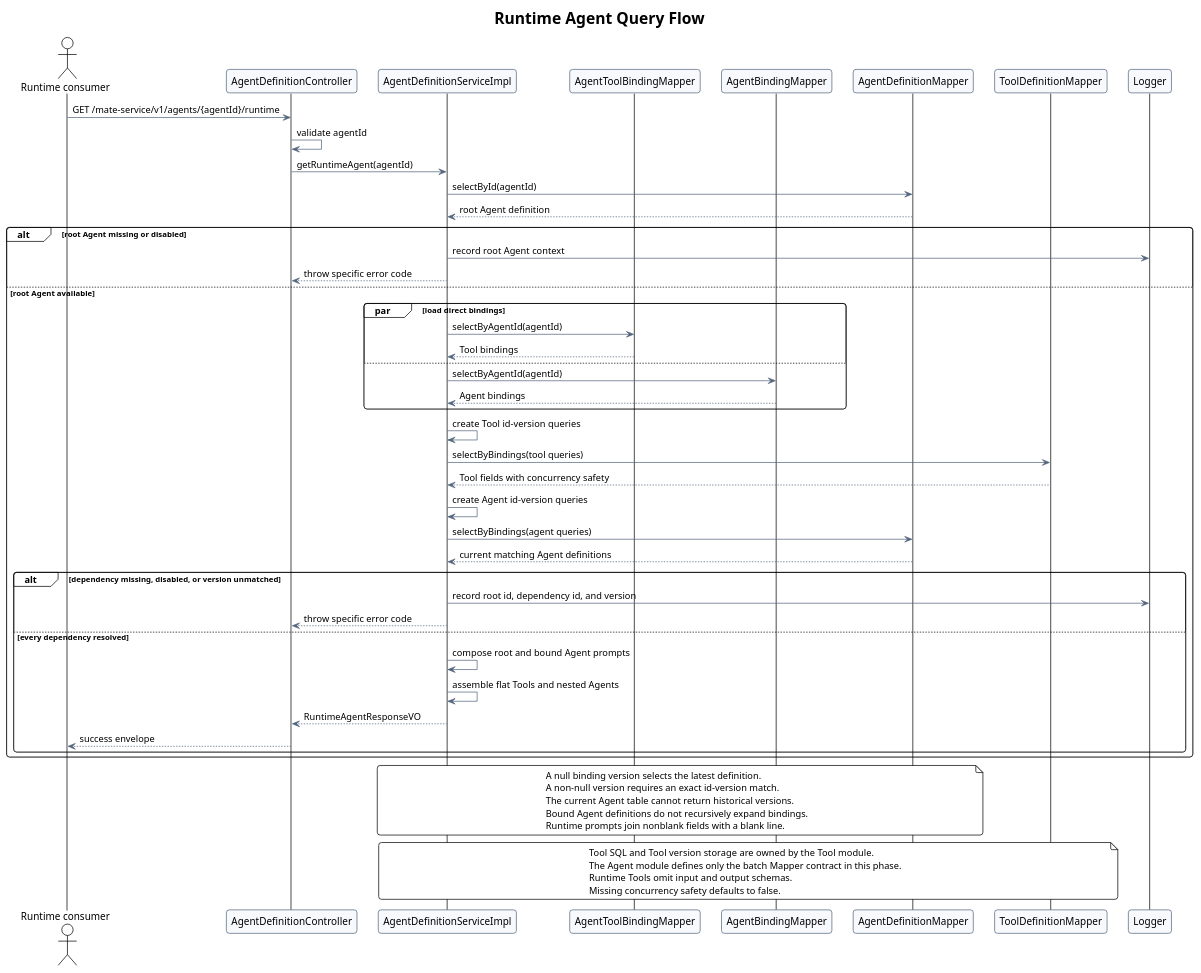
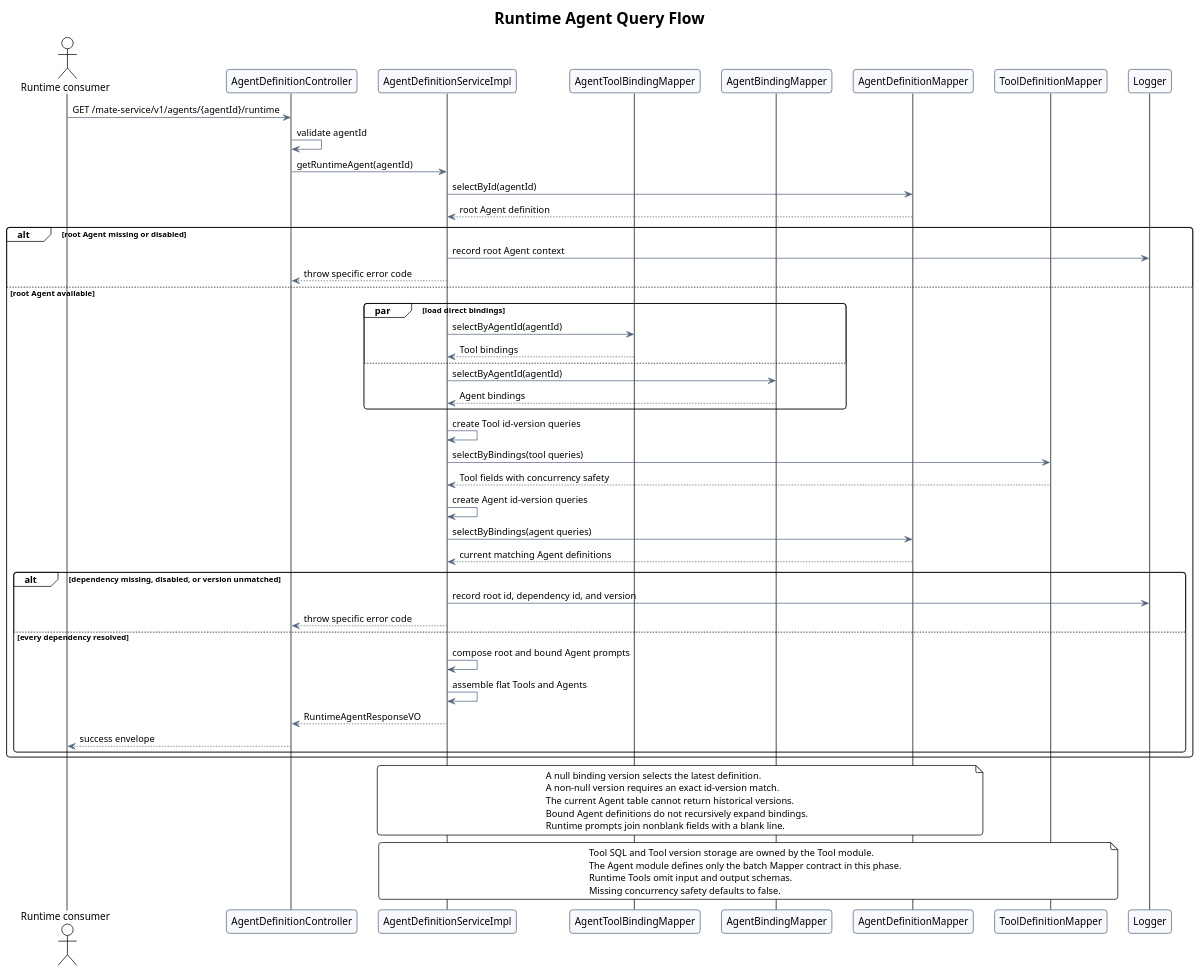
One commit to ssm0808/pi-mono-java-design changed the second of 2 diagrams in agent-metadata-gaussdb-design/diagram.puml. Above: the diagram before and after it, drawn with PlantUML. The commit also changed other lines of this file and 3 other files, not shown here.

Commit message:
docs(agent): flatten runtime agent definitions

```diff
--- a/agent-metadata-gaussdb-design/diagram.puml
+++ b/agent-metadata-gaussdb-design/diagram.puml
@@ -172,108 +172,110 @@
 @startuml runtime_agent_query_flow
 !theme plain
 title Runtime Agent Query Flow
 
 skinparam backgroundColor #FFFFFF
 skinparam shadowing false
 skinparam roundcorner 8
 skinparam sequenceArrowThickness 1
 skinparam ArrowColor #53657D
 skinparam ParticipantBorderColor #53657D
 skinparam ParticipantBackgroundColor #F7F9FC
 
 ' Source evidence:
 ' - mate-service baseline path and symbols:
 '   src/main/java/com/huawei/hicampus/mate/agentdefinition/controller/AgentDefinitionController.java
 '   AgentDefinitionController.getAgent.
 '   src/main/java/com/huawei/hicampus/mate/agentdefinition/service/AgentDefinitionService.java
 '   AgentDefinitionService.getAgent.
 '   src/main/java/com/huawei/hicampus/mate/agentdefinition/service/impl/AgentDefinitionServiceImpl.java
 '   AgentDefinitionServiceImpl.getAgent and loadAggregate.
 '   AgentDefinitionServiceImpl.getRuntimeAgent, resolveRuntimeTools,
 '   resolveRuntimeAgents, and indexDefinitions.
 '   src/main/java/com/huawei/hicampus/mate/agentdefinition/mapper/AgentDefinitionMapper.java
 '   AgentDefinitionMapper.selectById.
 '   AgentDefinitionMapper.selectByBindings.
 '   src/main/java/com/huawei/hicampus/mate/agentdefinition/mapper/AgentToolBindingMapper.java
 '   AgentToolBindingMapper.selectByAgentId.
 '   src/main/java/com/huawei/hicampus/mate/agentdefinition/mapper/AgentBindingMapper.java
 '   AgentBindingMapper.selectByAgentId.
 '   src/main/java/com/huawei/hicampus/mate/agentdefinition/mapper/ToolDefinitionMapper.java
 '   ToolDefinitionMapper.selectByBindings.
 '   src/main/java/com/huawei/hicampus/mate/agentdefinition/vo/RuntimeAgentResponseVO.java
-'   RuntimeAgentResponseVO flat Tool and nested Agent response contract.
+'   RuntimeAgentResponseVO flat Tool and Agent response contract.
 '   src/main/java/com/huawei/hicampus/mate/agentdefinition/vo/ToolDefinitionResponseVO.java
 '   ToolDefinitionResponseVO flat bindingTools element.
+'   src/main/java/com/huawei/hicampus/mate/agentdefinition/vo/RuntimeAgentDefinitionResponseVO.java
+'   RuntimeAgentDefinitionResponseVO flat bindingAgents element.
 ' - TOOL metadata JSON line 8 defines is_concurrency_safe; lines 14-23 define
 '   schemas that the Runtime Agent response intentionally omits.
 ' Observed behavior: getAgent returns binding identifiers and optional versions.
 ' Observed behavior: getRuntimeAgent flattens Tool definitions with concurrency
-' safety and without schemas, then nests bound Agent definitions.
+' safety and without schemas, and also flattens bound Agent definitions.
 ' Observed behavior: root and bound Agent prompts use the same composition.
 ' Integration pending: ToolDefinitionMapper SQL is supplied by the Tool owner.
 ' Design reason: batch dependency queries avoid one query per binding.
 ' Security hardening: a missing, disabled, or unmatched dependency fails closed.
 ' Product constraint: no partial Runtime Agent response is returned.
 ' Data-model constraint: t_agent_definition stores only the current Agent version.
 
 actor "Runtime consumer" as Consumer
 participant AgentDefinitionController as Controller
 participant AgentDefinitionServiceImpl as Service
 participant AgentToolBindingMapper as ToolBindingMapper
 participant AgentBindingMapper as AgentBindingMapper
 participant AgentDefinitionMapper as DefinitionMapper
 participant ToolDefinitionMapper as ToolMapper
 participant Logger
 
 Consumer -> Controller: GET /mate-service/v1/agents/{agentId}/runtime
 Controller -> Controller: validate agentId
 Controller -> Service: getRuntimeAgent(agentId)
 Service -> DefinitionMapper: selectById(agentId)
 DefinitionMapper --> Service: root Agent definition
 
 alt root Agent missing or disabled
   Service -> Logger: record root Agent context
   Service --> Controller: throw specific error code
 else root Agent available
   par load direct bindings
     Service -> ToolBindingMapper: selectByAgentId(agentId)
     ToolBindingMapper --> Service: Tool bindings
   else
     Service -> AgentBindingMapper: selectByAgentId(agentId)
     AgentBindingMapper --> Service: Agent bindings
   end
 
   Service -> Service: create Tool id-version queries
   Service -> ToolMapper: selectByBindings(tool queries)
   ToolMapper --> Service: Tool fields with concurrency safety
   Service -> Service: create Agent id-version queries
   Service -> DefinitionMapper: selectByBindings(agent queries)
   DefinitionMapper --> Service: current matching Agent definitions
 
   alt dependency missing, disabled, or version unmatched
     Service -> Logger: record root id, dependency id, and version
     Service --> Controller: throw specific error code
   else every dependency resolved
     Service -> Service: compose root and bound Agent prompts
-    Service -> Service: assemble flat Tools and nested Agents
+    Service -> Service: assemble flat Tools and Agents
     Service --> Controller: RuntimeAgentResponseVO
     Controller --> Consumer: success envelope
   end
 end
 
 note over Service,DefinitionMapper
   A null binding version selects the latest definition.
   A non-null version requires an exact id-version match.
   The current Agent table cannot return historical versions.
   Bound Agent definitions do not recursively expand bindings.
   Runtime prompts join nonblank fields with a blank line.
 end note
 
 note over Service,ToolMapper
   Tool SQL and Tool version storage are owned by the Tool module.
   The Agent module defines only the batch Mapper contract in this phase.
   Runtime Tools omit input and output schemas.
   Missing concurrency safety defaults to false.
 end note
 
 @enduml
```
